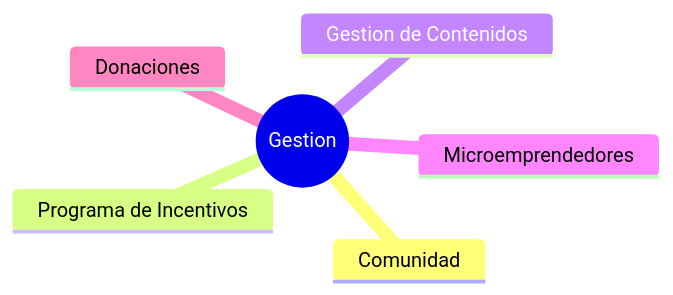
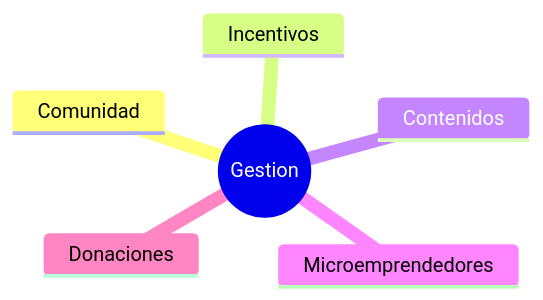
Before and after one commit to caacupear/alumnos: the diagram in docs/intro.md, drawn with Mermaid. The commit also changed other lines of this file and 22 other files, not shown here.

````diff
--- a/docs/intro.md
+++ b/docs/intro.md
@@ -15,9 +15,9 @@
 ```mermaid
 mindmap
   root((Gestion))
     Comunidad
-    Programa de Incentivos
-    Gestion de Contenidos
+    Incentivos
+    Contenidos
     Microemprendedores
     Donaciones
 ```
````
